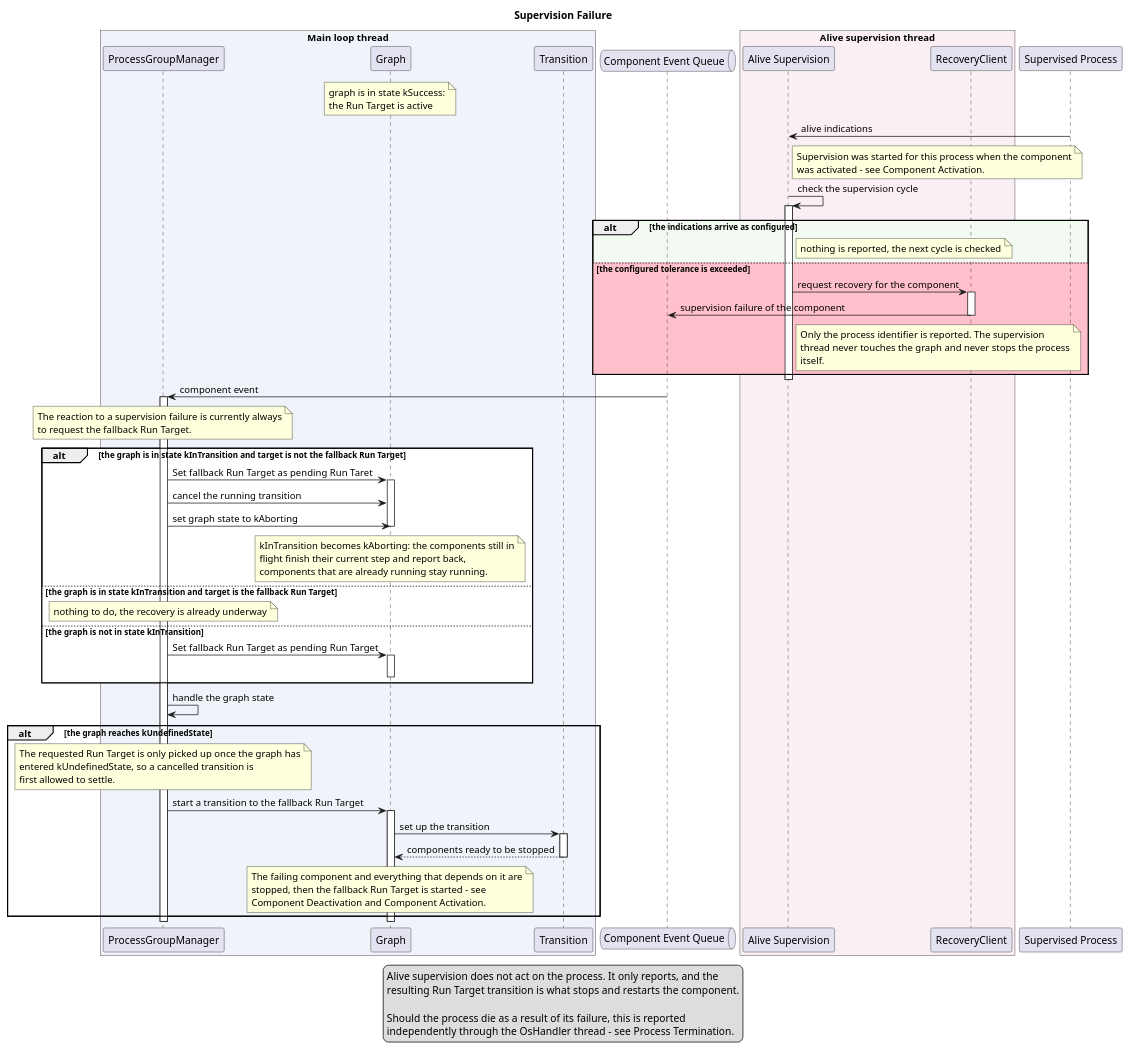
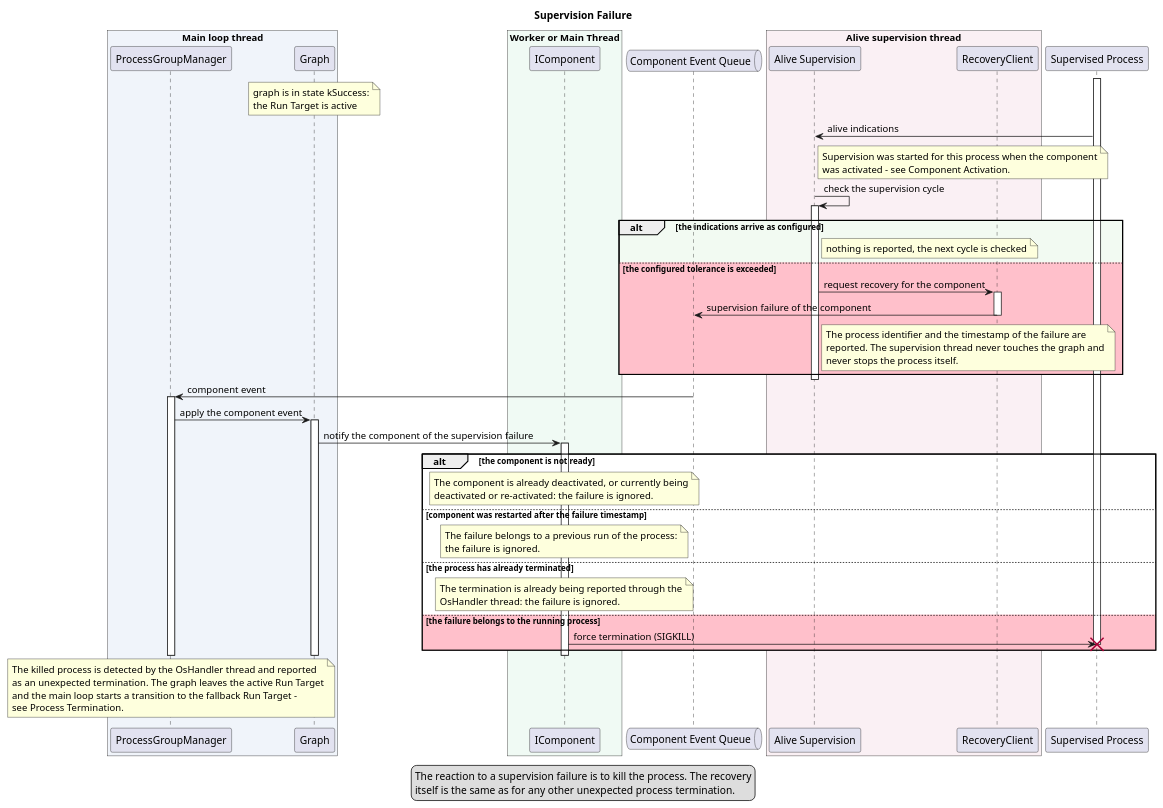
One commit to eclipse-score/lifecycle changed the diagram in score/launch_manager/docs/detailed_design/_assets/supervision_failure.puml. Above: the diagram before and after it, drawn with PlantUML. The commit also changed 1 other file, not shown here.

```diff
--- a/score/launch_manager/docs/detailed_design/_assets/supervision_failure.puml
+++ b/score/launch_manager/docs/detailed_design/_assets/supervision_failure.puml
@@ -14,105 +14,95 @@
 @startuml supervision_failure
 
 title Supervision Failure
 
 box "Main loop thread" #F0F4FA
 participant "ProcessGroupManager" as PGM
 participant "Graph" as Graph
-participant "Transition" as Transition
+end box
+
+box "Worker or Main Thread" #f0faf4
+participant "IComponent" as Component
 end box
 
 queue "Component Event Queue" as EventQueue
 
 box "Alive supervision thread" #FAF0F4
 participant "Alive Supervision" as Supervision
 participant "RecoveryClient" as Recovery
 end box
 
 participant "Supervised Process" as Process
 
 note over Graph: graph is in state kSuccess:\nthe Run Target is active
 
 ' --- detection ---------------------------------------------------------------
+activate Process
 Process -> Supervision: alive indications
 note right of Supervision
   Supervision was started for this process when the component
   was activated - see Component Activation.
 end note
 
 Supervision -> Supervision ++: check the supervision cycle
 
 alt #F2FAF2 the indications arrive as configured
     note right of Supervision: nothing is reported, the next cycle is checked
 
 else #Pink the configured tolerance is exceeded
     Supervision -> Recovery ++: request recovery for the component
     Recovery -> EventQueue: supervision failure of the component
     deactivate Recovery
     note right of Supervision
-      Only the process identifier is reported. The supervision
-      thread never touches the graph and never stops the process
-      itself.
+      The process identifier and the timestamp of the failure are
+      reported. The supervision thread never touches the graph and
+      never stops the process itself.
     end note
 end
 deactivate Supervision
 
 ' --- reaction ----------------------------------------------------------------
 EventQueue -> PGM ++: component event
-note over PGM
-  The reaction to a supervision failure is currently always
-  to request the fallback Run Target.
-end note
+PGM -> Graph ++: apply the component event
+Graph -> Component ++: notify the component of the supervision failure
 
-alt #White the graph is in state kInTransition and target is not the fallback Run Target
-    PGM -> Graph ++: Set fallback Run Target as pending Run Taret
-    PGM -> Graph: cancel the running transition
-    PGM -> Graph: set graph state to kAborting
-    note over Graph
-      kInTransition becomes kAborting: the components still in
-      flight finish their current step and report back,
-      components that are already running stay running.
+alt #White the component is not ready
+    note over Component
+      The component is already deactivated, or currently being
+      deactivated or re-activated: the failure is ignored.
     end note
-    deactivate Graph
 
-else #White the graph is in state kInTransition and target is the fallback Run Target
-    note over PGM: nothing to do, the recovery is already underway
+else #White component was restarted after the failure timestamp
+    note over Component
+      The failure belongs to a previous run of the process:
+      the failure is ignored.
+    end note
 
-else #White the graph is not in state kInTransition
-    PGM -> Graph ++: Set fallback Run Target as pending Run Target
-    deactivate Graph
+else #White the process has already terminated
+    note over Component
+      The termination is already being reported through the
+      OsHandler thread: the failure is ignored.
+    end note
+
+else #Pink the failure belongs to the running process
+    Component -> Process: force termination (SIGKILL)
+    destroy Process
 end
 
-' --- recovery ----------------------------------------------------------------
-PGM -> PGM: handle the graph state
-
-alt the graph reaches kUndefinedState
-
-  note over PGM
-    The requested Run Target is only picked up once the graph has
-    entered kUndefinedState, so a cancelled transition is
-    first allowed to settle.
-  end note
-
-  PGM -> Graph ++: start a transition to the fallback Run Target
-  Graph -> Transition ++: set up the transition
-  Transition --> Graph --: components ready to be stopped
-  note over Graph
-    The failing component and everything that depends on it are
-    stopped, then the fallback Run Target is started - see
-    Component Deactivation and Component Activation.
-  end note
-
-end alt
-
+deactivate Component
 deactivate Graph
 deactivate PGM
 
+' --- recovery ----------------------------------------------------------------
+note over PGM
+  The killed process is detected by the OsHandler thread and reported
+  as an unexpected termination. The graph leaves the active Run Target
+  and the main loop starts a transition to the fallback Run Target -
+  see Process Termination.
+end note
+
 legend bottom
-  Alive supervision does not act on the process. It only reports, and the
-  resulting Run Target transition is what stops and restarts the component.
-
-  Should the process die as a result of its failure, this is reported
-  independently through the OsHandler thread - see Process Termination.
+  The reaction to a supervision failure is to kill the process. The recovery
+  itself is the same as for any other unexpected process termination.
 end legend
 
 @enduml
```
